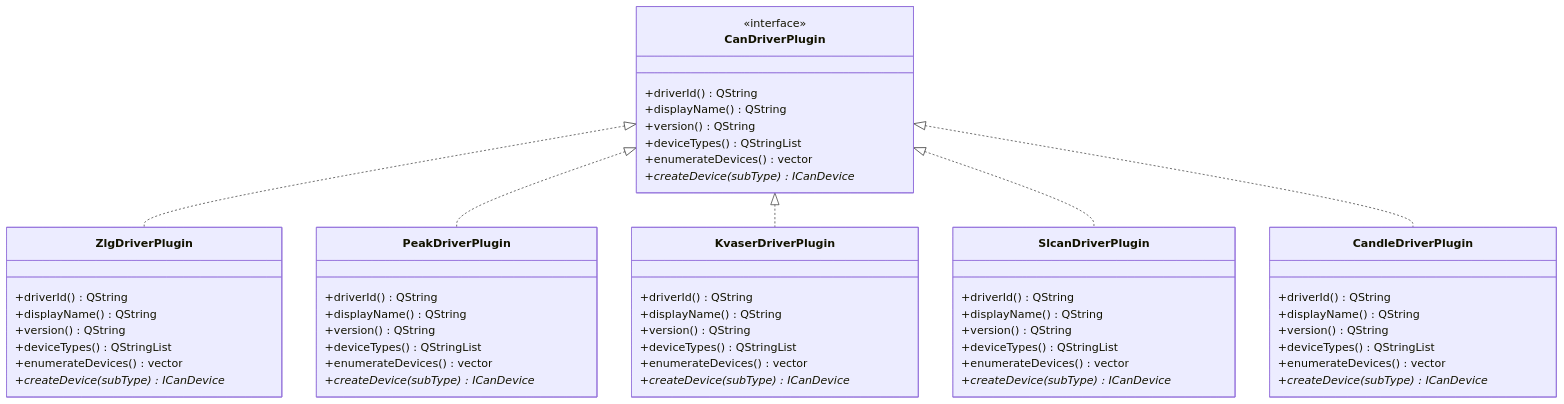
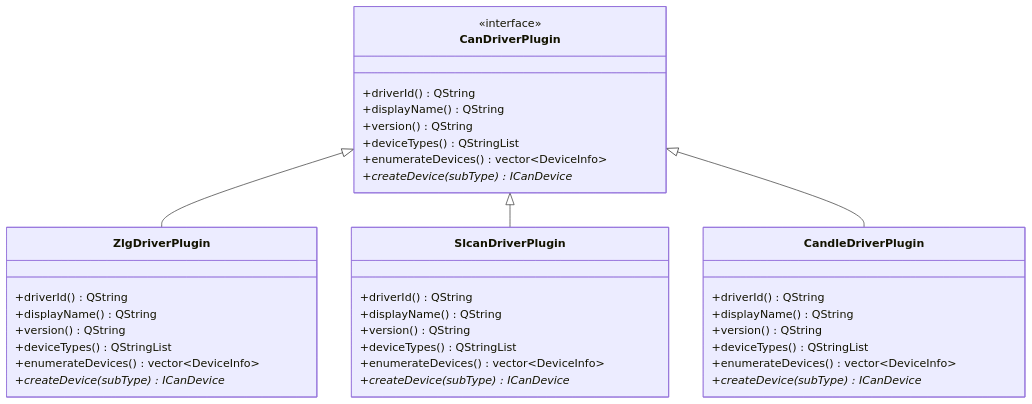
One commit to jakecai1225-design/OpenBus changed the fourth of 6 diagrams in .qoder/repowiki/zh/content/架构设计/驱动系统方案.md. Above: the diagram before and after it, drawn with Mermaid. The commit also changed other lines of this file and 58 other files, not shown here.

````diff
--- a/.qoder/repowiki/zh/content/架构设计/驱动系统方案.md
+++ b/.qoder/repowiki/zh/content/架构设计/驱动系统方案.md
@@ -190,57 +170,39 @@
 ```mermaid
 classDiagram
 class CanDriverPlugin {
 +driverId() QString
 +displayName() QString
 +version() QString
 +deviceTypes() QStringList
-+enumerateDevices() vector<DeviceInfo>
++enumerateDevices() vector~DeviceInfo~
 +createDevice(subType) ICanDevice*
 <<interface>>
 }
 class ZlgDriverPlugin {
 +driverId() QString
 +displayName() QString
 +version() QString
 +deviceTypes() QStringList
-+enumerateDevices() vector<DeviceInfo>
-+createDevice(subType) ICanDevice*
-}
-class PeakDriverPlugin {
-+driverId() QString
-+displayName() QString
-+version() QString
-+deviceTypes() QStringList
-+enumerateDevices() vector<DeviceInfo>
-+createDevice(subType) ICanDevice*
-}
-class KvaserDriverPlugin {
-+driverId() QString
-+displayName() QString
-+version() QString
-+deviceTypes() QStringList
-+enumerateDevices() vector<DeviceInfo>
++enumerateDevices() vector~DeviceInfo~
 +createDevice(subType) ICanDevice*
 }
 class SlcanDriverPlugin {
 +driverId() QString
 +displayName() QString
 +version() QString
 +deviceTypes() QStringList
-+enumerateDevices() vector<DeviceInfo>
++enumerateDevices() vector~DeviceInfo~
 +createDevice(subType) ICanDevice*
 }
 class CandleDriverPlugin {
 +driverId() QString
 +displayName() QString
 +version() QString
 +deviceTypes() QStringList
-+enumerateDevices() vector<DeviceInfo>
++enumerateDevices() vector~DeviceInfo~
 +createDevice(subType) ICanDevice*
 }
-CanDriverPlugin <|.. ZlgDriverPlugin
-CanDriverPlugin <|.. PeakDriverPlugin
-CanDriverPlugin <|.. KvaserDriverPlugin
-CanDriverPlugin <|.. SlcanDriverPlugin
-CanDriverPlugin <|.. CandleDriverPlugin
+CanDriverPlugin <|-- ZlgDriverPlugin
+CanDriverPlugin <|-- SlcanDriverPlugin
+CanDriverPlugin <|-- CandleDriverPlugin
 ```
````
